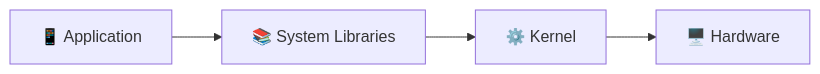
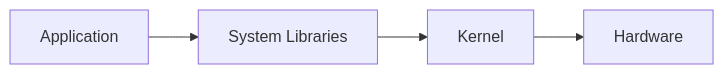
Before and after one commit to Yuvii2102/My-Devops-Cloud-Journey: diagram 11 of 31 in DevOps-Labs-and-Projects/ Day-01 to Day-06/README.md, drawn with Mermaid. The commit also changed other lines of this file, not shown here.

````diff
--- a/DevOps-Labs-and-Projects/ Day-01 to Day-06/README.md
+++ b/DevOps-Labs-and-Projects/ Day-01 to Day-06/README.md
@@ -421,11 +318,6 @@
 ```mermaid
 flowchart LR
-    APP["📱 Application"]
-    LIB["📚 System Libraries"]
-    KERNEL["⚙️ Kernel"]
-    HW["🖥️ Hardware"]
-
-    APP --> LIB
-    LIB --> KERNEL
-    KERNEL --> HW
+    APP["Application"] --> LIB["System Libraries"]
+    LIB --> KERNEL["Kernel"]
+    KERNEL --> HW["Hardware"]
 ```
````
